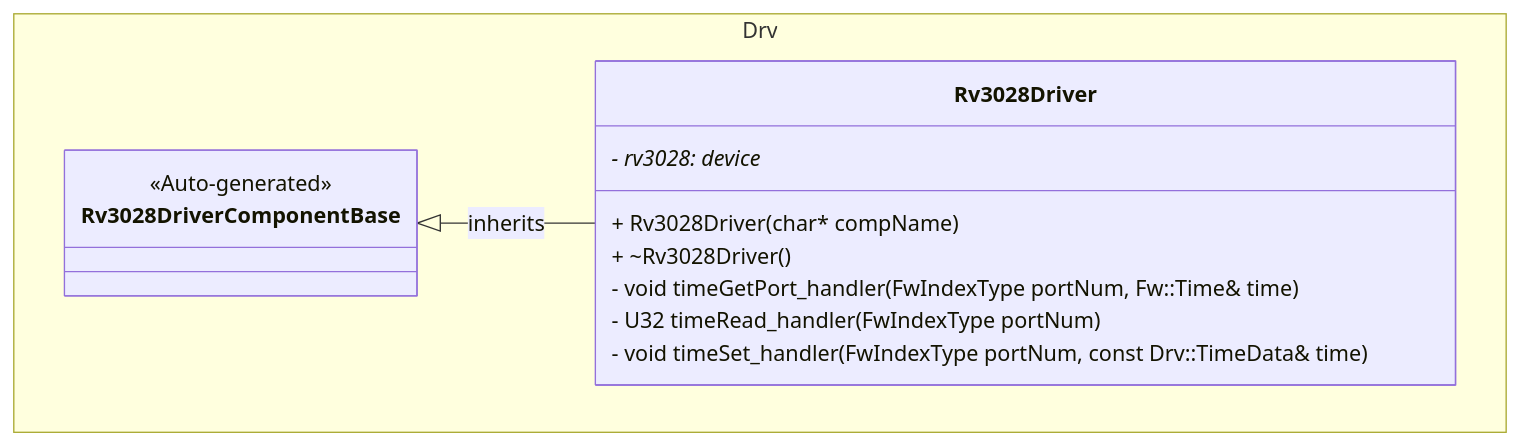
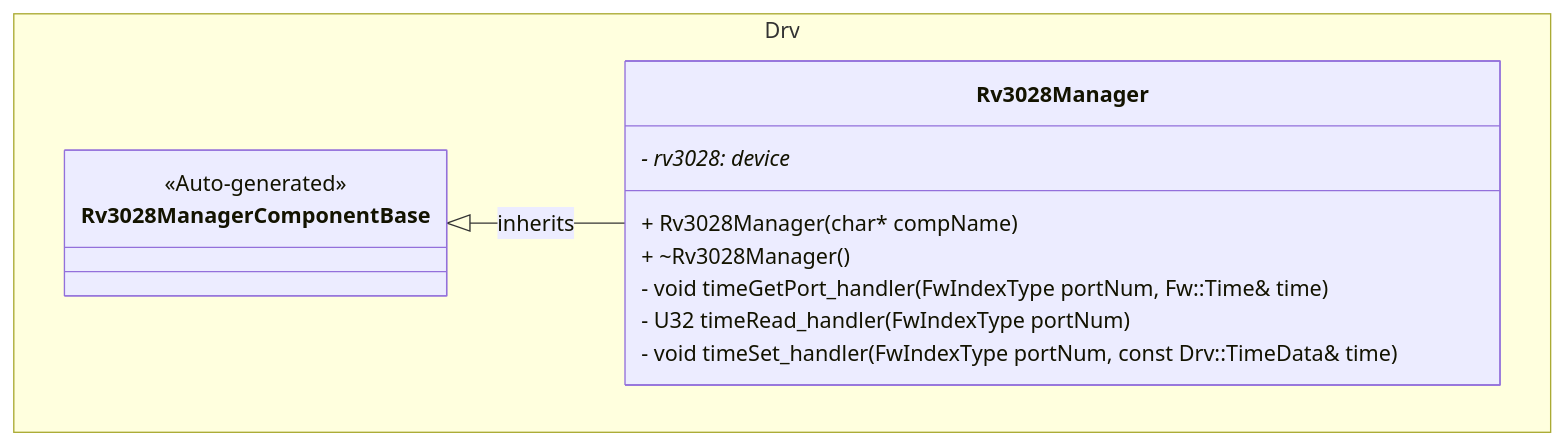
The first of 8 diagrams in FprimeZephyrReference/Components/Drv/Rv3028Manager/docs/sdd.md (Open-Source-Space-Foundation/proves-core-reference), drawn with Mermaid before and after one commit. The commit also changed other lines of this file and 8 other files, not shown here.

Commit message:
Rename references from Rv3028Driver to Rv3028Manager

````diff
--- a/FprimeZephyrReference/Components/Drv/Rv3028Manager/docs/sdd.md
+++ b/FprimeZephyrReference/Components/Drv/Rv3028Manager/docs/sdd.md
@@ -51,17 +51,17 @@
 ```mermaid
 classDiagram
     namespace Drv {
-        class Rv3028DriverComponentBase {
+        class Rv3028ManagerComponentBase {
             <<Auto-generated>>
         }
-        class Rv3028Driver {
+        class Rv3028Manager {
             - rv3028: device*
-            + Rv3028Driver(char* compName)
-            + ~Rv3028Driver()
+            + Rv3028Manager(char* compName)
+            + ~Rv3028Manager()
             - void timeGetPort_handler(FwIndexType portNum, Fw::Time& time)
             - U32 timeRead_handler(FwIndexType portNum)
             - void timeSet_handler(FwIndexType portNum, const Drv::TimeData& time)
         }
     }
-    Rv3028DriverComponentBase <|-- Rv3028Driver : inherits
+    Rv3028ManagerComponentBase <|-- Rv3028Manager : inherits
 ```
````
